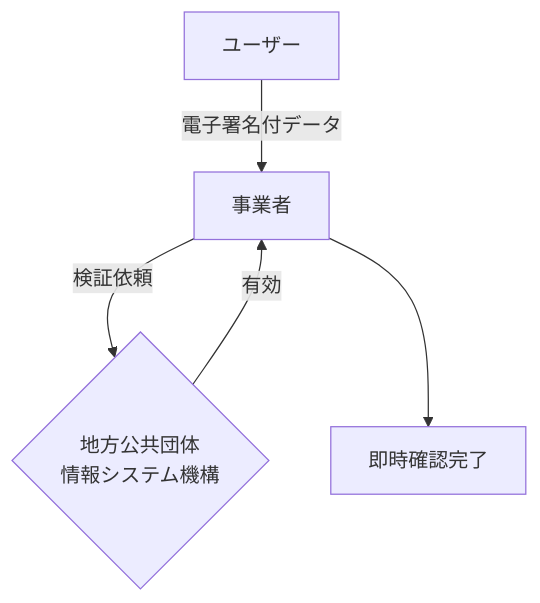
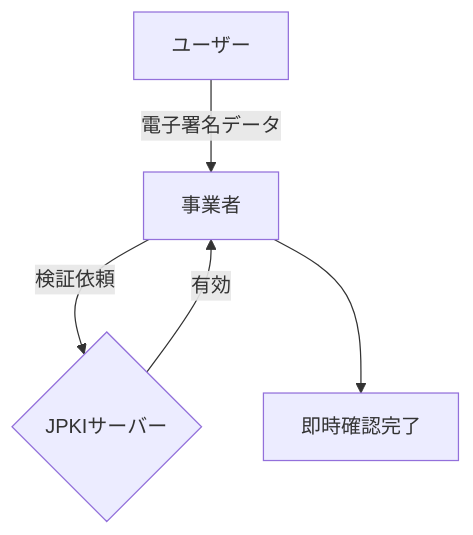
Before and after one commit to CiderH2CO3/study-hanshuho: diagram 14 of 21 in hanshuho.md, drawn with Mermaid. The commit also changed other lines of this file and 1 other file, not shown here.

````diff
--- a/hanshuho.md
+++ b/hanshuho.md
@@ -575,7 +493,7 @@
 ```mermaid
 graph TD
-    User[ユーザー] -->|電子署名付データ| Biz[事業者]
-    Biz -->|検証依頼| JPKI{地方公共団体<br/>情報システム機構}
+    User[ユーザー] -->|電子署名データ| Biz[事業者]
+    Biz -->|検証依頼| JPKI{JPKIサーバー}
     JPKI -->|有効| Biz
     Biz --> Done[即時確認完了]
 ```
````
